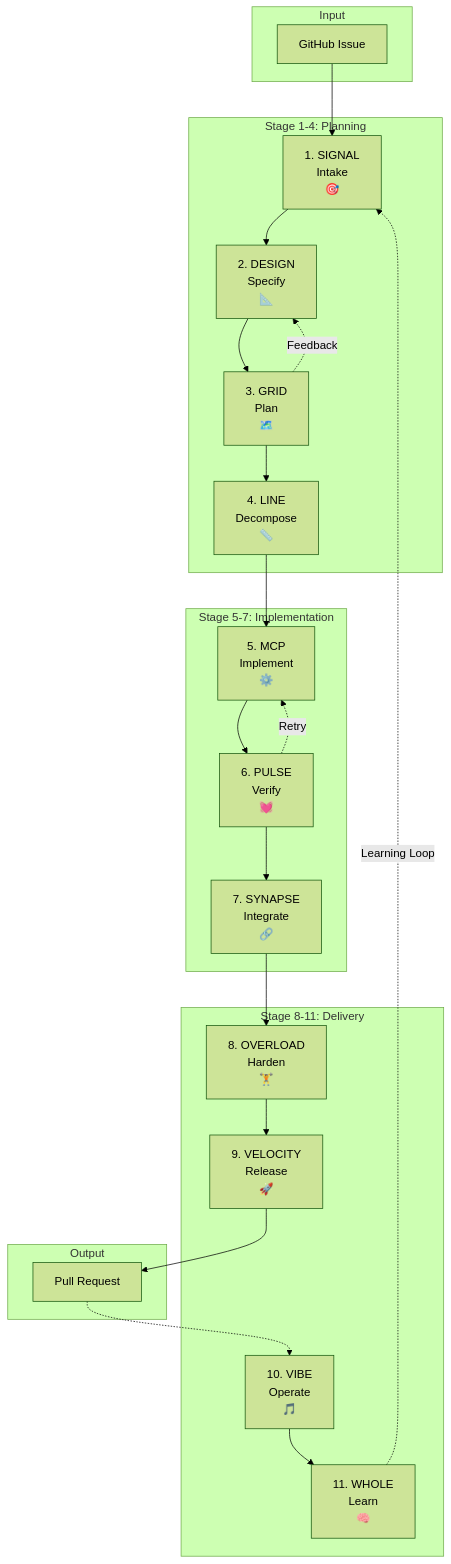
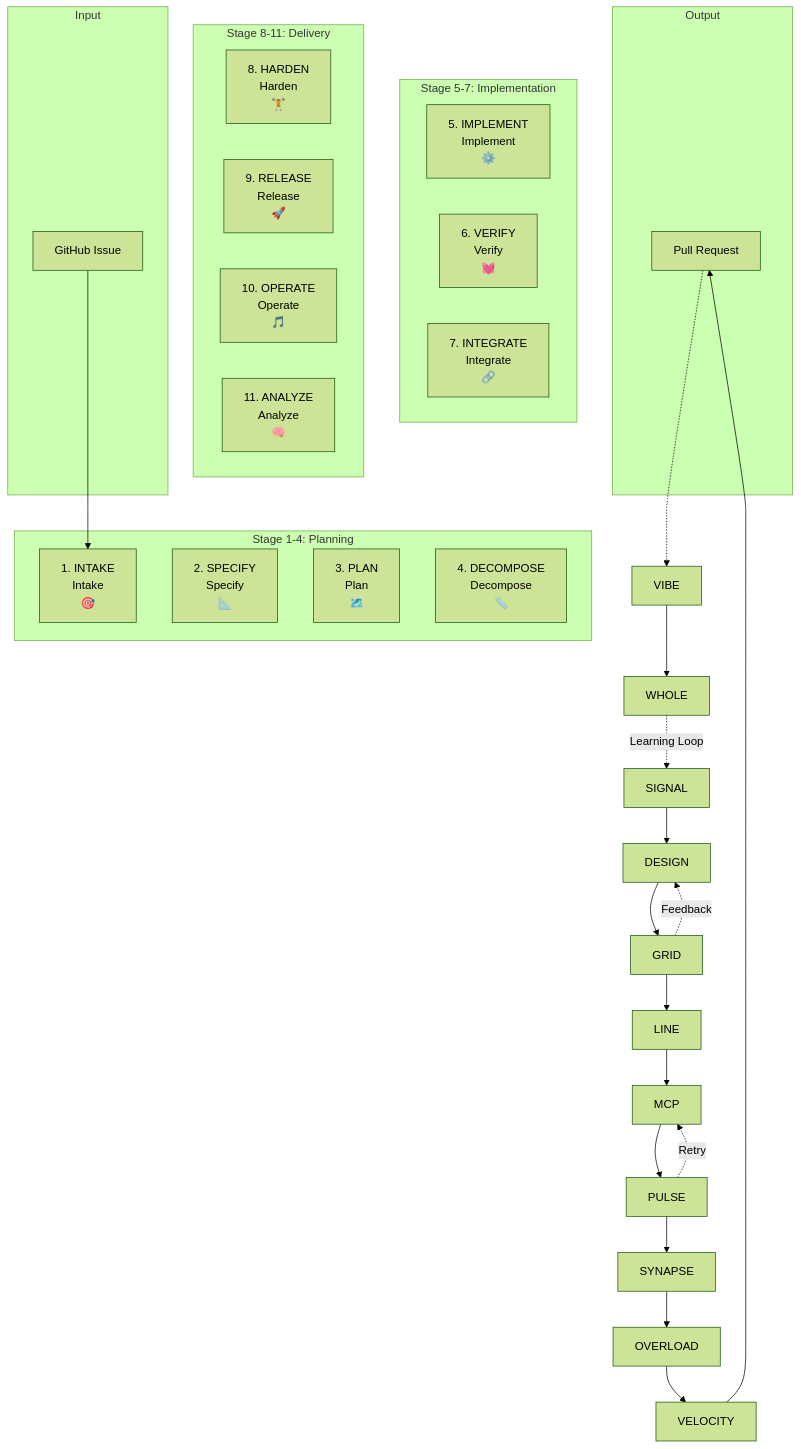
Before and after one commit to scotlaclair/SOMAS: the first of 14 diagrams in docs/somas/architecture-diagrams.md, drawn with Mermaid (forest theme). The commit also changed other lines of this file and 51 other files, not shown here.

````diff
--- a/docs/somas/architecture-diagrams.md
+++ b/docs/somas/architecture-diagrams.md
@@ -20,48 +20,48 @@
 ```mermaid
 flowchart TB
     subgraph Input
         ISSUE[GitHub Issue]
     end
 
     subgraph "Stage 1-4: Planning"
-        SIGNAL["1. SIGNAL<br/>Intake<br/>🎯"]
-        DESIGN["2. DESIGN<br/>Specify<br/>📐"]
-        GRID["3. GRID<br/>Plan<br/>🗺️"]
-        LINE["4. LINE<br/>Decompose<br/>📏"]
+        INTAKE["1. INTAKE<br/>Intake<br/>🎯"]
+        SPECIFY["2. SPECIFY<br/>Specify<br/>📐"]
+        PLAN["3. PLAN<br/>Plan<br/>🗺️"]
+        DECOMPOSE["4. DECOMPOSE<br/>Decompose<br/>📏"]
     end
 
     subgraph "Stage 5-7: Implementation"
-        MCP["5. MCP<br/>Implement<br/>⚙️"]
-        PULSE["6. PULSE<br/>Verify<br/>💓"]
-        SYNAPSE["7. SYNAPSE<br/>Integrate<br/>🔗"]
+        IMPLEMENT["5. IMPLEMENT<br/>Implement<br/>⚙️"]
+        VERIFY["6. VERIFY<br/>Verify<br/>💓"]
+        INTEGRATE["7. INTEGRATE<br/>Integrate<br/>🔗"]
     end
 
     subgraph "Stage 8-11: Delivery"
-        OVERLOAD["8. OVERLOAD<br/>Harden<br/>🏋️"]
-        VELOCITY["9. VELOCITY<br/>Release<br/>🚀"]
-        VIBE["10. VIBE<br/>Operate<br/>🎵"]
-        WHOLE["11. WHOLE<br/>Learn<br/>🧠"]
+        HARDEN["8. HARDEN<br/>Harden<br/>🏋️"]
+        RELEASE["9. RELEASE<br/>Release<br/>🚀"]
+        OPERATE["10. OPERATE<br/>Operate<br/>🎵"]
+        ANALYZE["11. ANALYZE<br/>Analyze<br/>🧠"]
     end
 
     subgraph Output
         PR[Pull Request]
     end
 
-    ISSUE --> SIGNAL
+    ISSUE --> INTAKE
     SIGNAL --> DESIGN
     DESIGN --> GRID
     GRID --> LINE
     LINE --> MCP
     MCP --> PULSE
     PULSE --> SYNAPSE
     SYNAPSE --> OVERLOAD
     OVERLOAD --> VELOCITY
     VELOCITY --> PR
     PR -.-> VIBE
     VIBE --> WHOLE
     WHOLE -.-> |Learning Loop| SIGNAL
 
     %% Feedback loops
     GRID -.-> |Feedback| DESIGN
     PULSE -.-> |Retry| MCP
 ```
````
